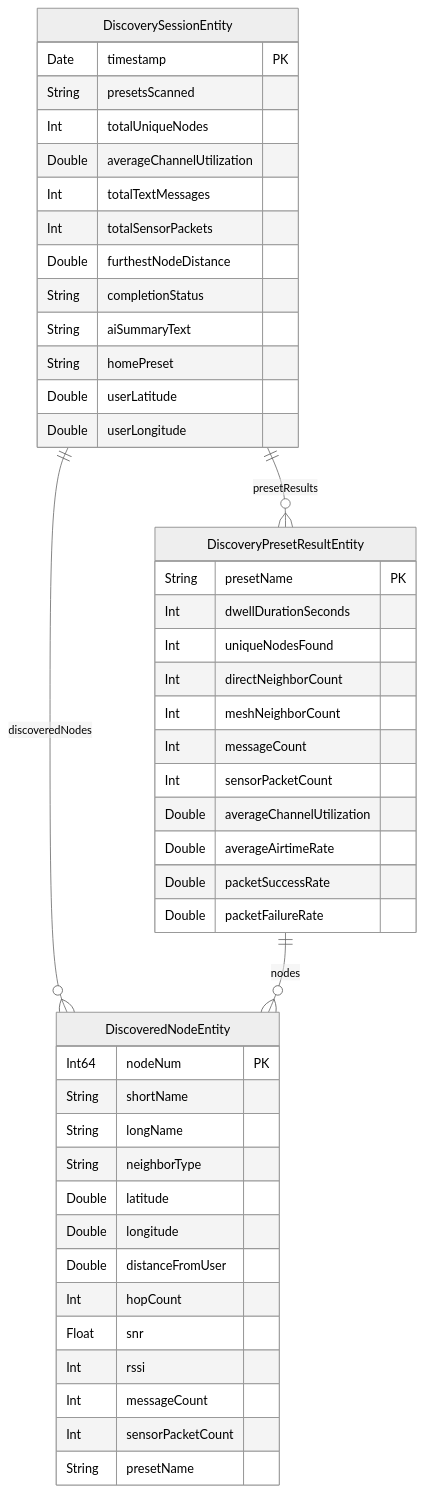
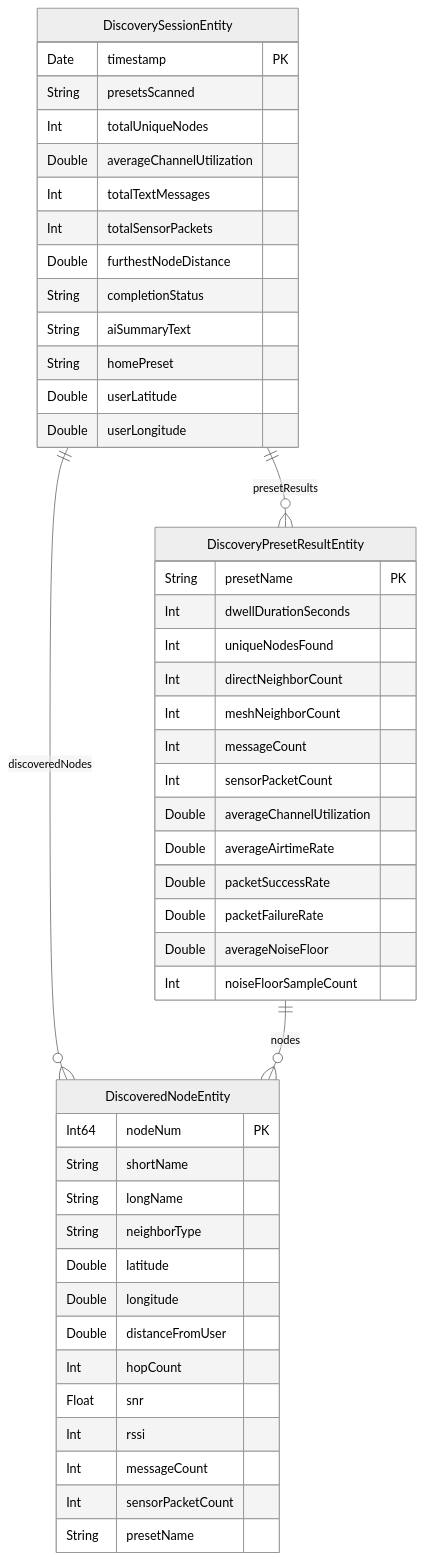
Before and after one commit to meshtastic/Meshtastic-Apple: the diagram in specs/001-local-mesh-discovery/data-model.md, drawn with Mermaid (neutral theme). The commit also changed other lines of this file and 8 other files, not shown here.

First line of the commit message:
feat: Local Mesh Discovery — noise floor analysis + Scan Current Preset (#1968)

````diff
--- a/specs/001-local-mesh-discovery/data-model.md
+++ b/specs/001-local-mesh-discovery/data-model.md
@@ -5,51 +5,53 @@
 ```mermaid
 erDiagram
     DiscoverySessionEntity ||--o{ DiscoveryPresetResultEntity : "presetResults"
     DiscoverySessionEntity ||--o{ DiscoveredNodeEntity : "discoveredNodes"
     DiscoveryPresetResultEntity ||--o{ DiscoveredNodeEntity : "nodes"
 
     DiscoverySessionEntity {
         Date timestamp PK
         String presetsScanned
         Int totalUniqueNodes
         Double averageChannelUtilization
         Int totalTextMessages
         Int totalSensorPackets
         Double furthestNodeDistance
         String completionStatus
         String aiSummaryText
         String homePreset
         Double userLatitude
         Double userLongitude
     }
 
     DiscoveryPresetResultEntity {
         String presetName PK
         Int dwellDurationSeconds
         Int uniqueNodesFound
         Int directNeighborCount
         Int meshNeighborCount
         Int messageCount
         Int sensorPacketCount
         Double averageChannelUtilization
         Double averageAirtimeRate
         Double packetSuccessRate
         Double packetFailureRate
+        Double averageNoiseFloor
+        Int noiseFloorSampleCount
     }
 
     DiscoveredNodeEntity {
         Int64 nodeNum PK
         String shortName
         String longName
         String neighborType
         Double latitude
         Double longitude
         Double distanceFromUser
         Int hopCount
         Float snr
         Int rssi
         Int messageCount
         Int sensorPacketCount
         String presetName
     }
 ```
````
